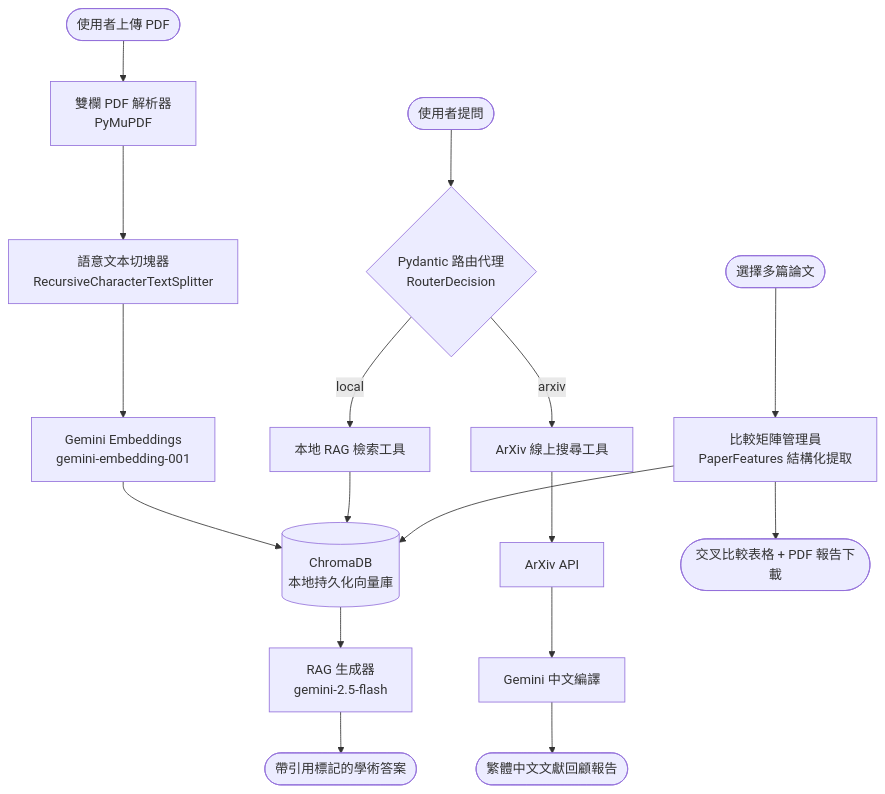
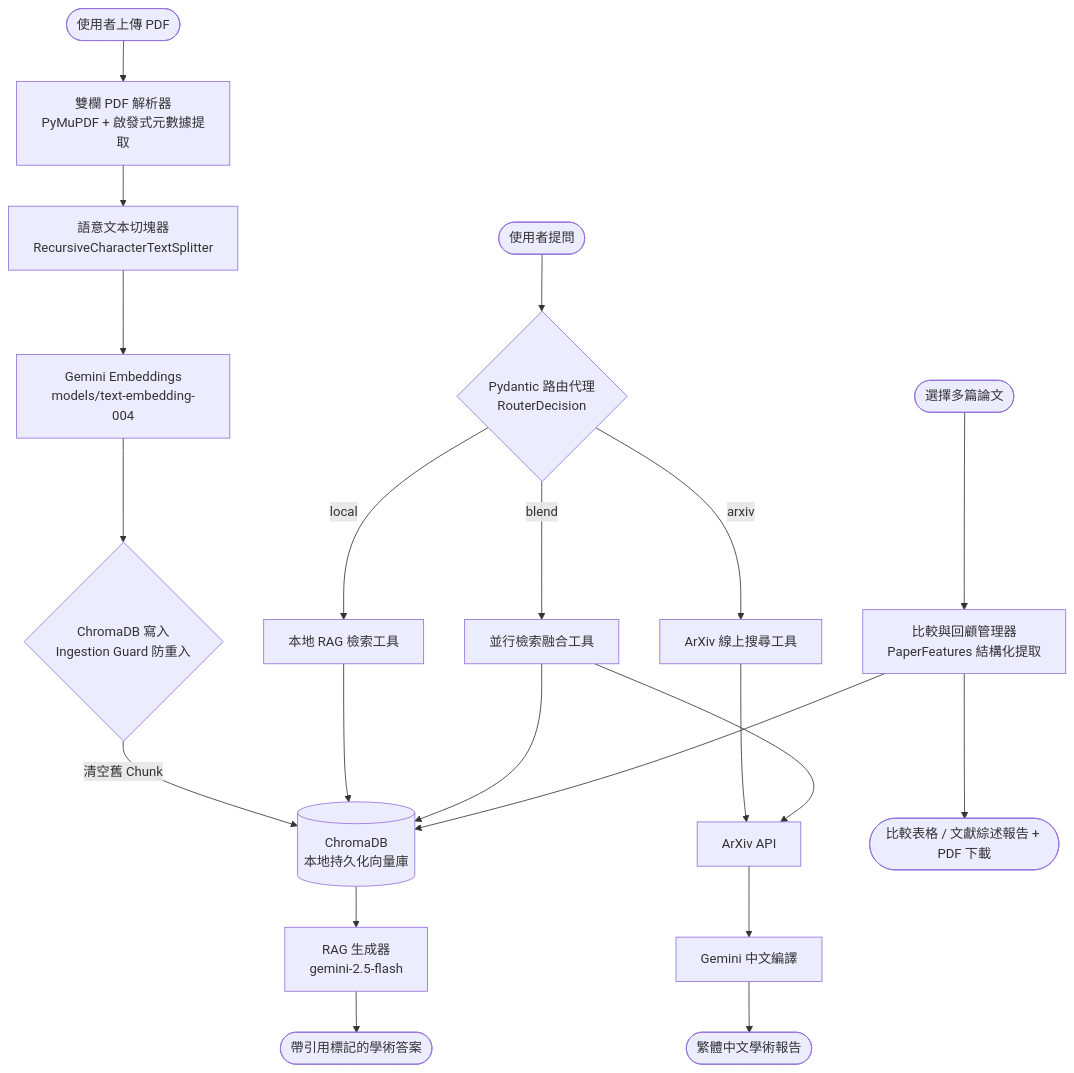
The diagram in README.md (Cosmos-bipinnatus/nlp_final_project), drawn with Mermaid before and after one commit. The commit also changed other lines of this file and 26 other files, not shown here.

Commit message:
Refactor: centralize configurations, unify logging system, and implement Literature Review tab with PDF exporting, Ingestion Guard, PDF Metadata heuristic extraction, and Hybrid Agent Routing.

````diff
--- a/README.md
+++ b/README.md
@@ -222,23 +251,29 @@
 ```mermaid
 graph TD
-    User([使用者上傳 PDF]) --> Parser[雙欄 PDF 解析器<br>PyMuPDF]
+    User([使用者上傳 PDF]) --> Parser[雙欄 PDF 解析器<br>PyMuPDF + 啟發式元數據提取]
     Parser --> Splitter[語意文本切塊器<br>RecursiveCharacterTextSplitter]
-    Splitter --> Embeddings[Gemini Embeddings<br>gemini-embedding-001]
-    Embeddings --> ChromaDB[(ChromaDB<br>本地持久化向量庫)]
-
+    Splitter --> Embeddings[Gemini Embeddings<br>models/text-embedding-004]
+    Embeddings --> IngestionGuard{ChromaDB 寫入<br>Ingestion Guard 防重入}
+    IngestionGuard -->|清空舊 Chunk| ChromaDB[(ChromaDB<br>本地持久化向量庫)]
+    
     User2([使用者提問]) --> RouterAgent{Pydantic 路由代理<br>RouterDecision}
     RouterAgent -->|local| LocalTool[本地 RAG 檢索工具]
     RouterAgent -->|arxiv| ArXivTool[ArXiv 線上搜尋工具]
+    RouterAgent -->|blend| BlendTool[並行檢索融合工具]
     
     LocalTool --> ChromaDB
     ChromaDB --> RAGGenerator[RAG 生成器<br>gemini-2.5-flash]
     RAGGenerator --> Answer([帶引用標記的學術答案])
     
     ArXivTool --> ArXivAPI[ArXiv API]
     ArXivAPI --> GeminiTranslate[Gemini 中文編譯]
-    GeminiTranslate --> Review([繁體中文文獻回顧報告])
     
-    User3([選擇多篇論文]) --> CompManager[比較矩陣管理員<br>PaperFeatures 結構化提取]
+    BlendTool --> ChromaDB
+    BlendTool --> ArXivAPI
+    
+    GeminiTranslate --> Review([繁體中文學術報告])
+    
+    User3([選擇多篇論文]) --> CompManager[比較與回顧管理器<br>PaperFeatures 結構化提取]
     CompManager --> ChromaDB
-    CompManager --> CompTable([交叉比較表格 + PDF 報告下載])
+    CompManager --> CompTable([比較表格 / 文獻綜述報告 + PDF 下載])
 ```
````
